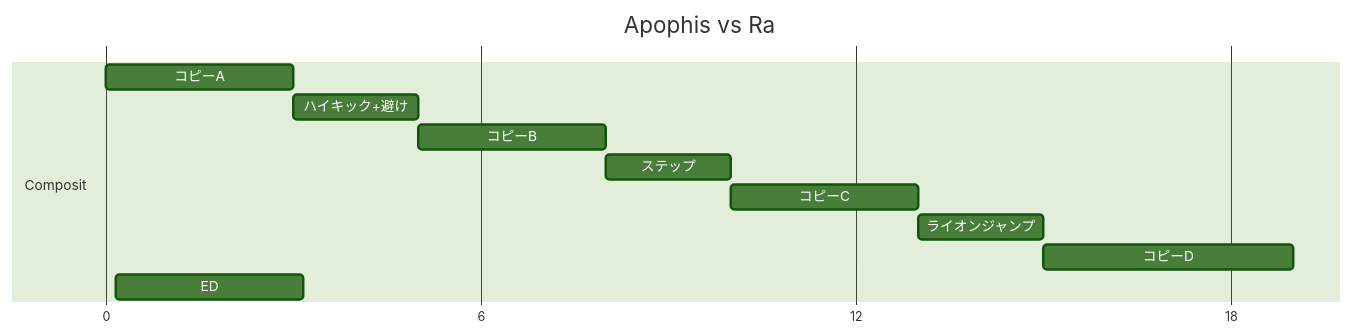
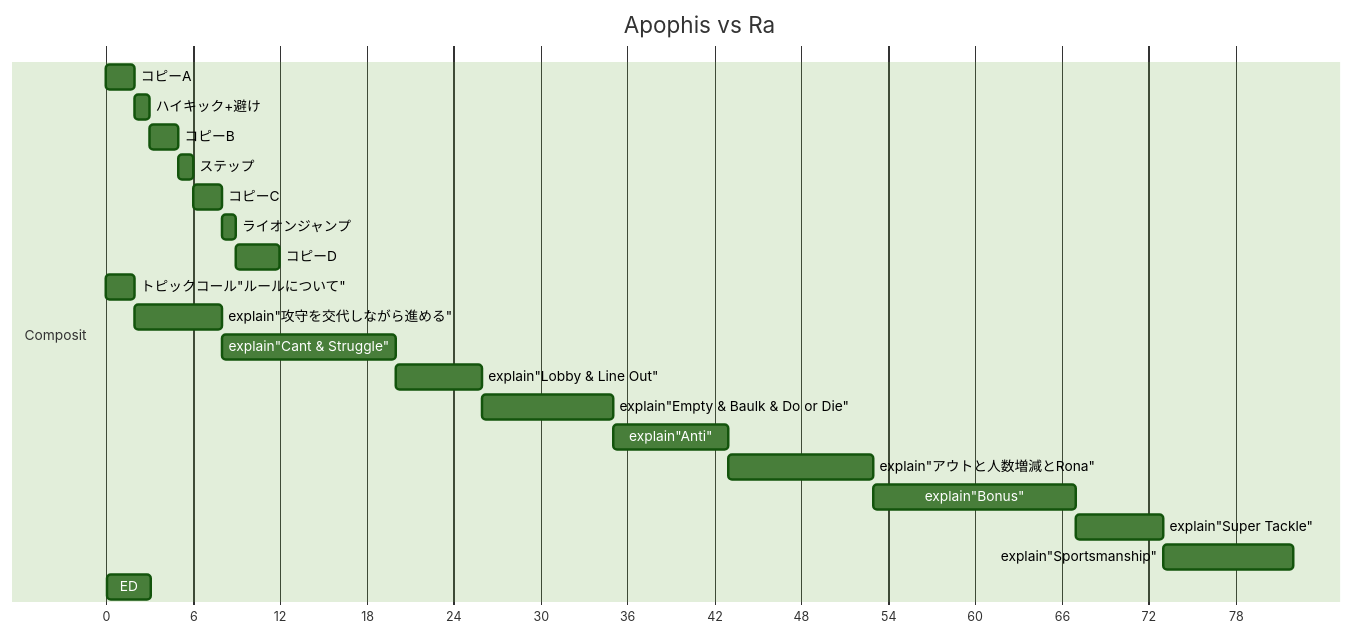
Before and after one commit to 4hoe8pow/Ancient: the first of 2 diagrams in README.md, drawn with Mermaid (forest theme). The commit also changed other lines of this file, not shown here.

````diff
--- a/README.md
+++ b/README.md
@@ -5,23 +5,33 @@
 ```mermaid
 gantt
     dateFormat  X
     axisFormat  %s
     tickInterval 6second
     title      Apophis vs Ra
     %% Unified to 97 seconds in total
 
     %% To avoid wasting time on titles like "Episode x: △△", use embedded objects in the opening scene for expression (it doesn't matter if it's unnoticed)
     %% ED === Next Episode Preview
 
     section Composit
-    コピーA :e1, 0, 3s
-    ハイキック+避け :e2, after e1, 2s
-    コピーB : e3, after e2, 3s
-    ステップ :e4, after e3, 2s
-    コピーC : e5, after e4, 3s
-    ライオンジャンプ :e6, after e5, 2s
-    コピーD : e7, after e6, 4s
+    コピーA :e1, 0, 2s
+    ハイキック+避け :e2, after e1, 1s
+    コピーB : e3, after e2, 2s
+    ステップ :e4, after e3, 1s
+    コピーC : e5, after e4, 2s
+    ライオンジャンプ :e6, after e5, 1s
+    コピーD : e7, after e6, 3s
+    トピックコール"ルールについて" : e8, 13, 2s
+    explain"攻守を交代しながら進める" : e9, after e8, 6s
+    explain"Cant & Struggle" : e10, after e9, 12s
+    explain"Lobby & Line Out" : e11, after e10, 6s
+    explain"Empty & Baulk & Do or Die" : e12, after e11, 9s
+    explain"Anti" : e13, after e12, 8s
+    explain"アウトと人数増減とRona" : e14, after e13, 10s
+    explain"Bonus" : e15, after e14, 14s
+    explain"Super Tackle" : e16, after e15, 6s
+    explain"Sportsmanship" : e17, after e16, 9s
     
-    ED              :157, 3s
+    ED              :97, 3s
 
 ```
````
